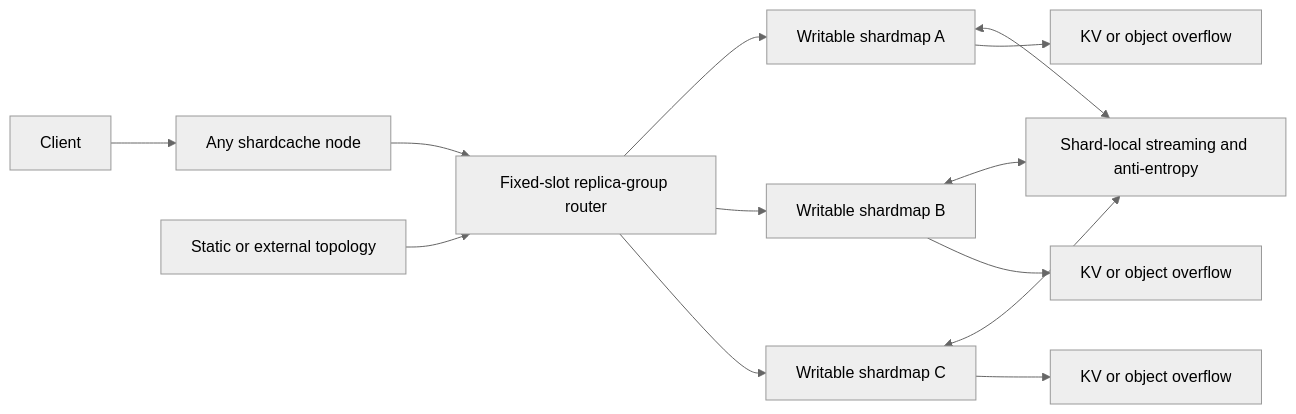
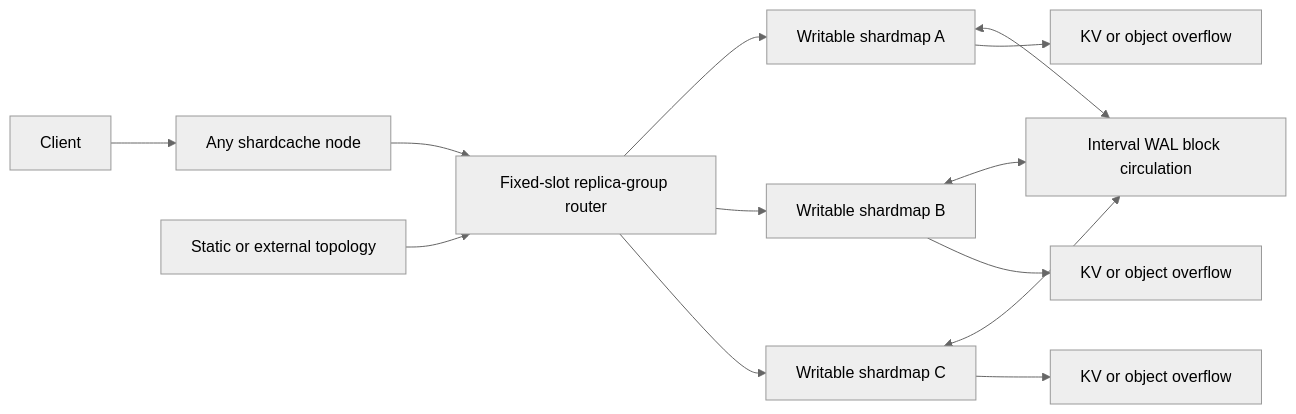
Before and after one commit to d-tietjen/shard-kv: the diagram in docs/ACTIVE_ACTIVE_REPLICATION.md, drawn with Mermaid (neutral theme). The commit also changed other lines of this file and 1 other file, not shown here.

Commit message:
docs: sync active replicas with WAL blocks

````diff
--- a/docs/ACTIVE_ACTIVE_REPLICATION.md
+++ b/docs/ACTIVE_ACTIVE_REPLICATION.md
@@ -266,15 +334,15 @@
 ```mermaid
 flowchart LR
     C["Client"] --> A["Any shardcache node"]
     A --> R["Fixed-slot replica-group router"]
     R --> N1["Writable shardmap A"]
     R --> N2["Writable shardmap B"]
     R --> N3["Writable shardmap C"]
-    N1 <--> S1["Shard-local streaming and anti-entropy"]
+    N1 <--> S1["Interval WAL block circulation"]
     N2 <--> S1
     N3 <--> S1
     N1 --> O1["KV or object overflow"]
     N2 --> O2["KV or object overflow"]
     N3 --> O3["KV or object overflow"]
     T["Static or external topology"] --> R
 ```
````
